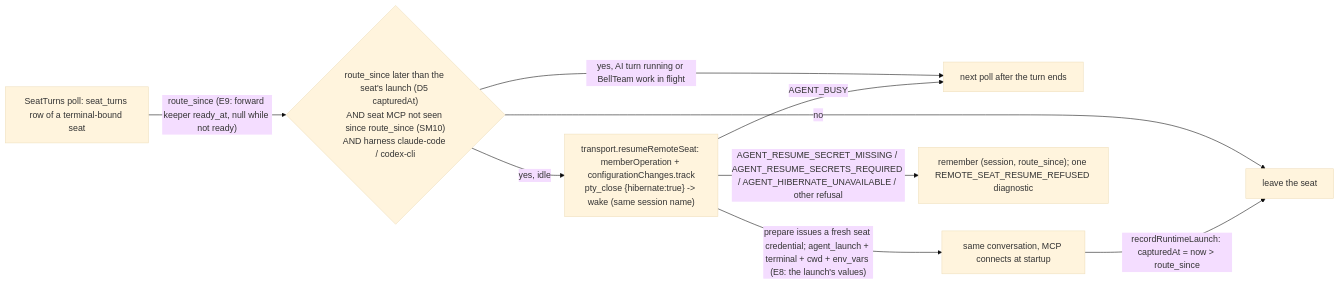
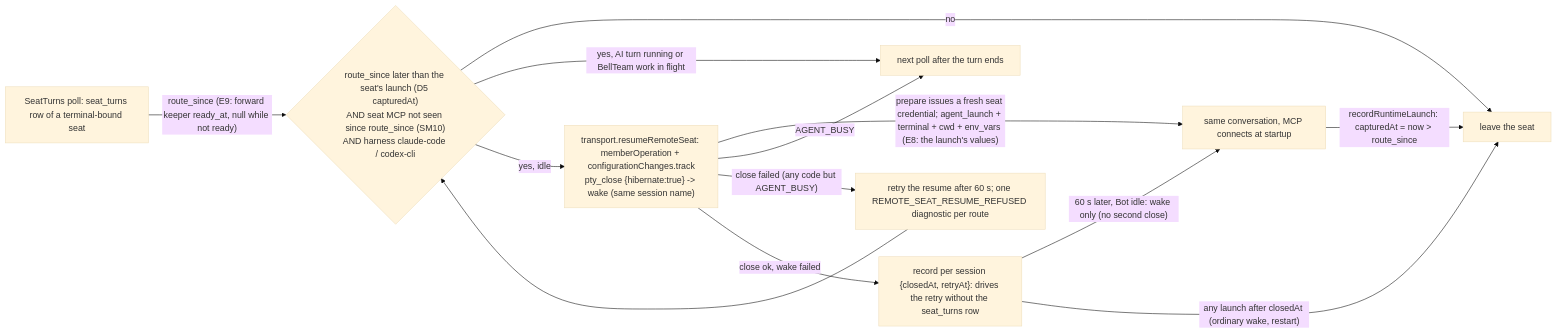
One commit to kitepon/BellTeam changed the third of 5 diagrams in docs/architecture/modules/execution/remote-seat.md. Above: the diagram before and after it, drawn with Mermaid (base theme). The commit also changed other lines of this file and 2 other files, not shown here.

Commit message:
t29: no per-route give-up; retry a failed resume after 60 s, and a failed wake after a good close without the row (Epinel return)

````diff
--- a/docs/architecture/modules/execution/remote-seat.md
+++ b/docs/architecture/modules/execution/remote-seat.md
@@ -116,11 +116,15 @@
 ```mermaid
 flowchart LR
   Poll["SeatTurns poll: seat_turns row of a terminal-bound seat"] -->|"route_since (E9: forward keeper ready_at, null while not ready)"| Rule{"route_since later than the seat's launch (D5 capturedAt)<br/>AND seat MCP not seen since route_since (SM10)<br/>AND harness claude-code / codex-cli"}
   Rule -->|no| Keep[leave the seat]
   Rule -->|"yes, AI turn running or BellTeam work in flight"| Wait[next poll after the turn ends]
   Rule -->|"yes, idle"| Resume["transport.resumeRemoteSeat: memberOperation + configurationChanges.track<br/>pty_close {hibernate:true} -> wake (same session name)"]
   Resume -->|"prepare issues a fresh seat credential; agent_launch + terminal + cwd + env_vars (E8: the launch's values)"| Seat[same conversation, MCP connects at startup]
   Seat -->|"recordRuntimeLaunch: capturedAt = now > route_since"| Keep
   Resume -->|"AGENT_BUSY"| Wait
-  Resume -->|"AGENT_RESUME_SECRET_MISSING / AGENT_RESUME_SECRETS_REQUIRED / AGENT_HIBERNATE_UNAVAILABLE / other refusal"| Once["remember (session, route_since); one REMOTE_SEAT_RESUME_REFUSED diagnostic"]
+  Resume -->|"close failed (any code but AGENT_BUSY)"| Later["retry the resume after 60 s; one REMOTE_SEAT_RESUME_REFUSED diagnostic per route"]
+  Later --> Rule
+  Resume -->|"close ok, wake failed"| Woken["record per session {closedAt, retryAt}: drives the retry without the seat_turns row"]
+  Woken -->|"60 s later, Bot idle: wake only (no second close)"| Seat
+  Woken -->|"any launch after closedAt (ordinary wake, restart)"| Keep
 ```
````
